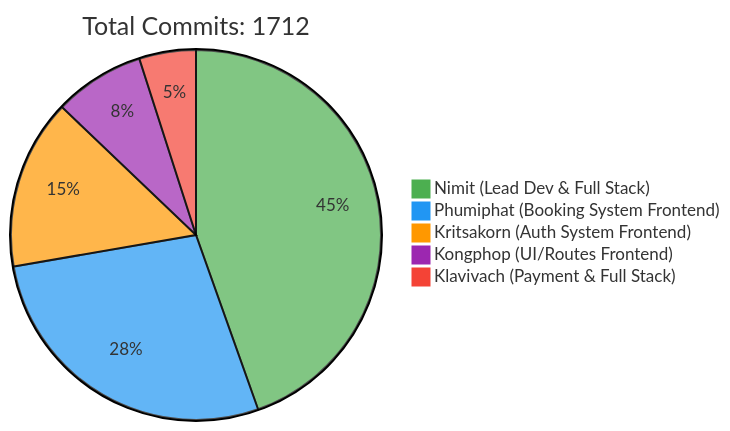
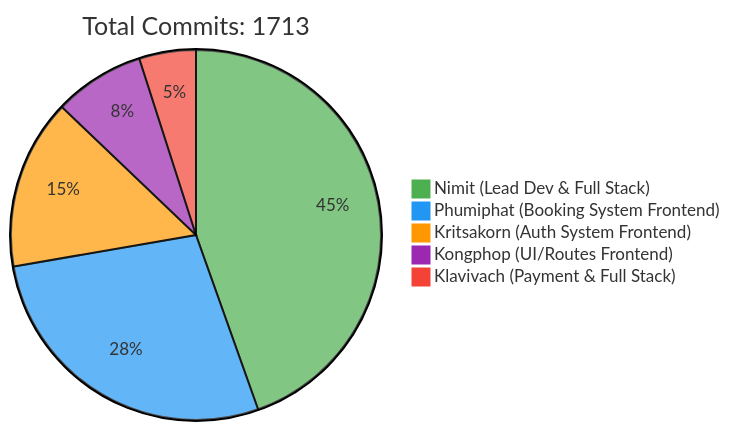
Before and after one commit to 6531503042/Sport-Complex: the first of 2 diagrams in README.md, drawn with Mermaid. The commit also changed other lines of this file, not shown here.

Commit message:
docs: Update contributor statistics [skip ci]

````diff
--- a/README.md
+++ b/README.md
@@ -257,10 +257,10 @@
 ```mermaid
 %%{init: {'theme': 'base', 'themeVariables': { 'pie1': '#4CAF50', 'pie2': '#2196F3', 'pie3': '#FF9800', 'pie4': '#9C27B0', 'pie5': '#F44336'}}}%%
 pie
-    title Total Commits: 1712
+    title Total Commits: 1713
     "Nimit (Lead Dev & Full Stack)" : 450
     "Phumiphat (Booking System Frontend)" : 280
     "Kritsakorn (Auth System Frontend)" : 150
     "Kongphop (UI/Routes Frontend)" : 80
     "Klavivach (Payment & Full Stack)" : 50
 ```
````
